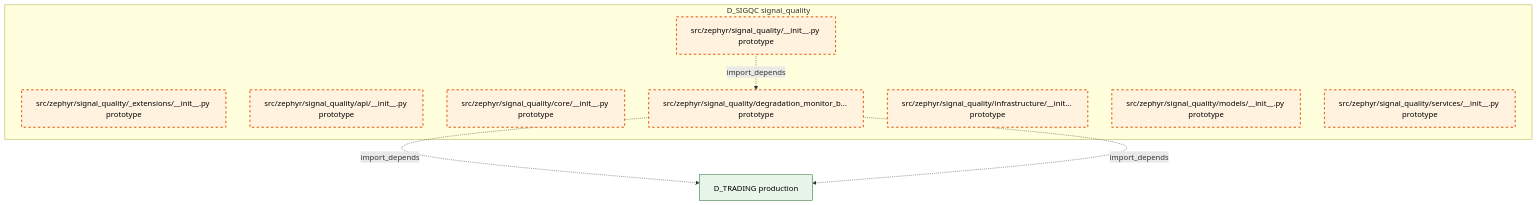
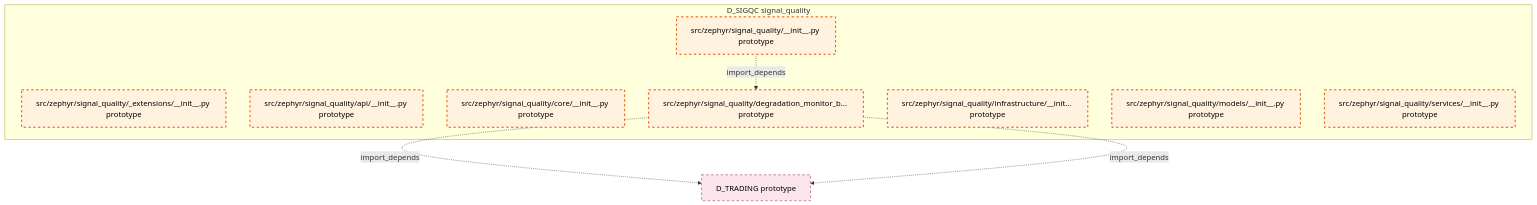
Before and after one commit to xuanFelixVan/ZephyrAlpha: the diagram in docs/02_enterprise_architecture/02_domain_architecture_docs/46_d_sigqc.md, drawn with Mermaid. The commit also changed other lines of this file and 99 other files, not shown here.

````diff
--- a/docs/02_enterprise_architecture/02_domain_architecture_docs/46_d_sigqc.md
+++ b/docs/02_enterprise_architecture/02_domain_architecture_docs/46_d_sigqc.md
@@ -47,23 +47,23 @@
 ```mermaid
 graph TD
     subgraph D_SIGQC["D_SIGQC signal_quality"]
         src_zephyr_signal_quality_init_py["src/zephyr/signal_quality/__init__.py prototype"]
         src_zephyr_signal_quality_extensions_init_py["src/zephyr/signal_quality/_extensions/__init__.py prototype"]
         src_zephyr_signal_quality_api_init_py["src/zephyr/signal_quality/api/__init__.py prototype"]
         src_zephyr_signal_quality_core_init_py["src/zephyr/signal_quality/core/__init__.py prototype"]
         src_zephyr_signal_quality_degradation_monitor_base_py["src/zephyr/signal_quality/degradation_monitor_b... prototype"]
         src_zephyr_signal_quality_infrastructure_init_py["src/zephyr/signal_quality/infrastructure/__init... prototype"]
         src_zephyr_signal_quality_models_init_py["src/zephyr/signal_quality/models/__init__.py prototype"]
         src_zephyr_signal_quality_services_init_py["src/zephyr/signal_quality/services/__init__.py prototype"]
     end
     src_zephyr_signal_quality_init_py -.->|import_depends| src_zephyr_signal_quality_degradation_monitor_base_py
-    D_TRADING["D_TRADING production"]
+    D_TRADING["D_TRADING prototype"]
     src_zephyr_signal_quality_degradation_monitor_base_py -.->|import_depends| D_TRADING
     src_zephyr_signal_quality_degradation_monitor_base_py -.->|import_depends| D_TRADING
     classDef production fill:#e1f5fe,stroke:#01579b,stroke-width:2px,color:#000
     classDef design fill:#fff3e0,stroke:#e65100,stroke-width:2px,color:#000,stroke-dasharray: 5 5
     classDef external_prod fill:#e8f5e9,stroke:#1b5e20,stroke-width:1px,color:#000
     classDef external_design fill:#fce4ec,stroke:#880e4f,stroke-width:1px,color:#000,stroke-dasharray: 5 5
     class src_zephyr_signal_quality_init_py,src_zephyr_signal_quality_extensions_init_py,src_zephyr_signal_quality_api_init_py,src_zephyr_signal_quality_core_init_py,src_zephyr_signal_quality_degradation_monitor_base_py,src_zephyr_signal_quality_infrastructure_init_py,src_zephyr_signal_quality_models_init_py,src_zephyr_signal_quality_services_init_py design
-    class D_TRADING external_prod
+    class D_TRADING external_design
 ```
````
